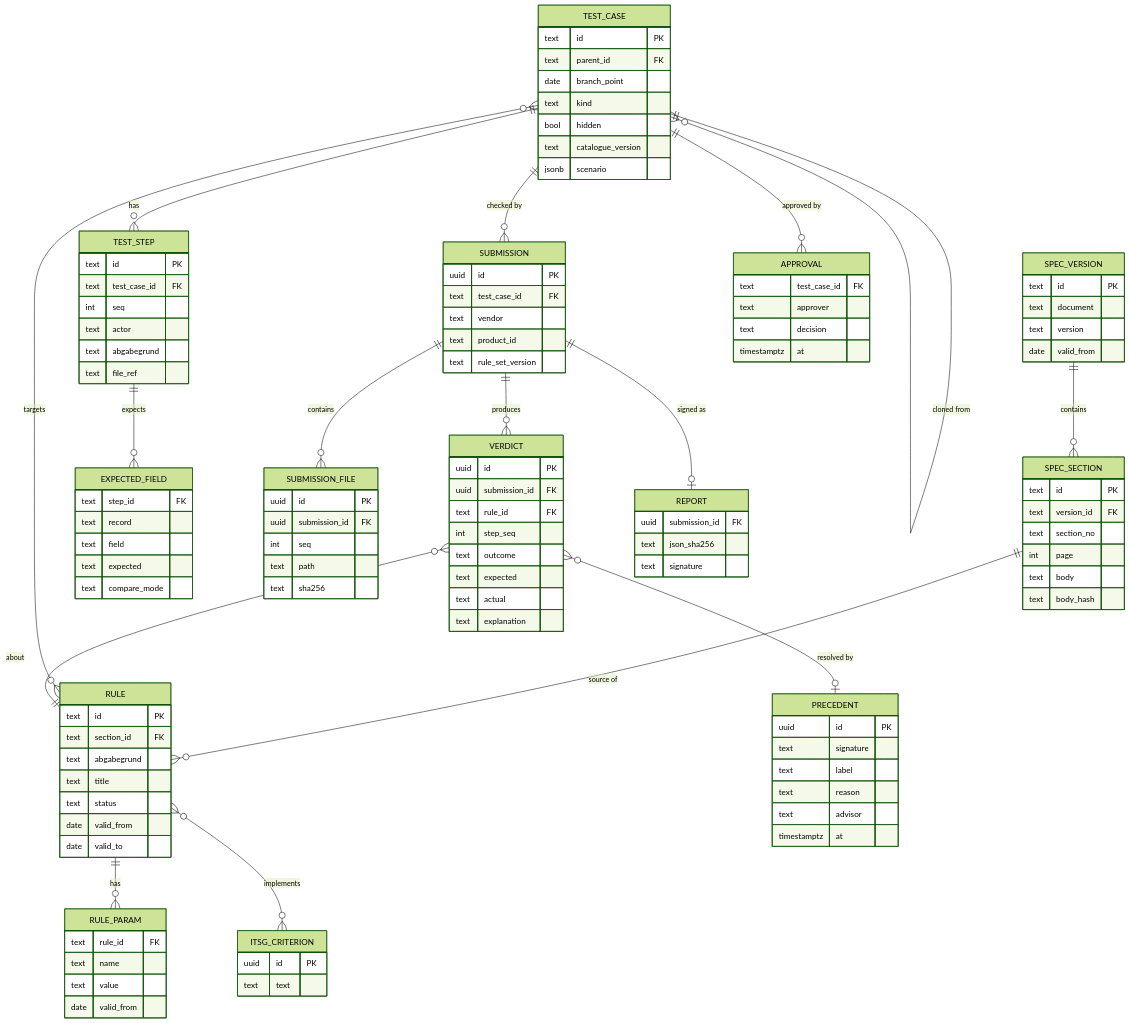
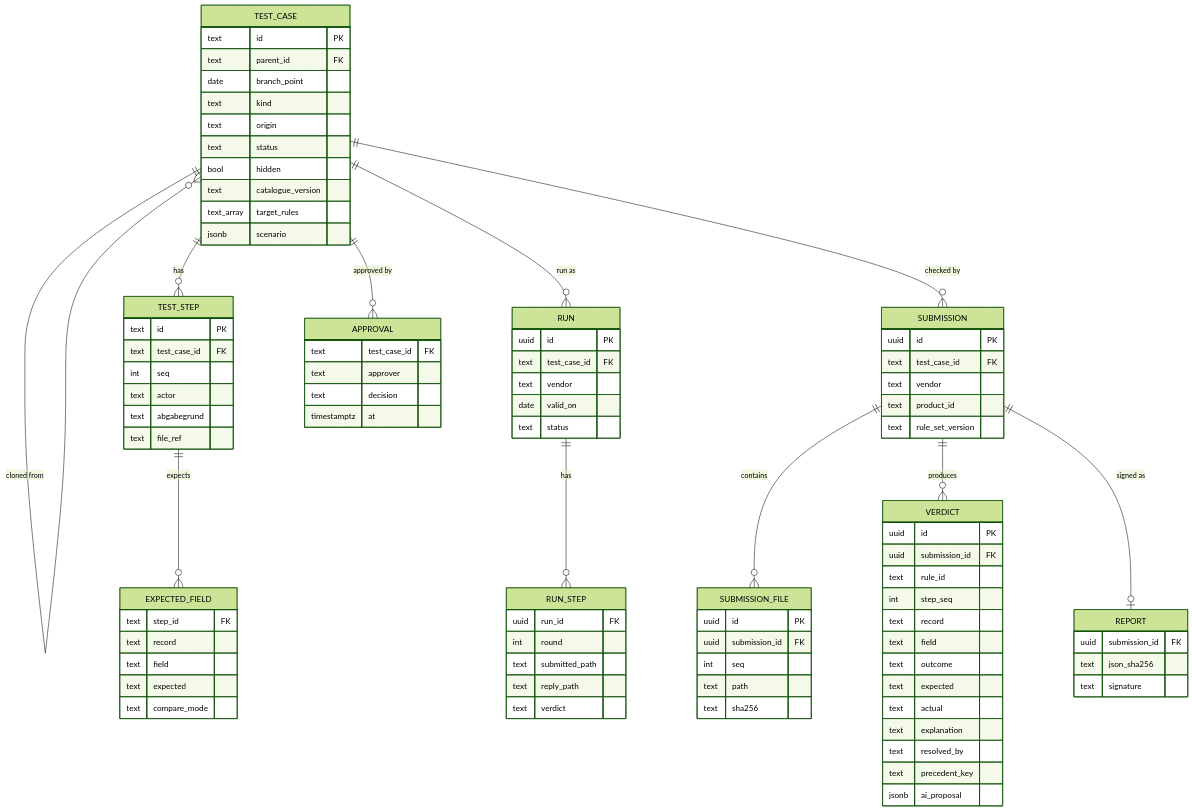
One commit to ahlemtr/ITSG-Futury-Build-day changed the diagram in plan/diagrams/07_data_model.md. Above: the diagram before and after it, drawn with Mermaid (forest theme). The commit also changed other lines of this file and 14 other files, not shown here.

````diff
--- a/plan/diagrams/07_data_model.md
+++ b/plan/diagrams/07_data_model.md
@@ -3,61 +5,26 @@
 ```mermaid
 erDiagram
-    SPEC_VERSION ||--o{ SPEC_SECTION : contains
-    SPEC_SECTION ||--o{ RULE : "source of"
-    RULE ||--o{ RULE_PARAM : has
-    RULE }o--o{ ITSG_CRITERION : implements
     TEST_CASE ||--o{ TEST_CASE : "cloned from"
     TEST_CASE ||--o{ TEST_STEP : has
     TEST_STEP ||--o{ EXPECTED_FIELD : expects
-    TEST_CASE }o--o{ RULE : targets
+    TEST_CASE ||--o{ RUN : "run as"
+    RUN ||--o{ RUN_STEP : has
     TEST_CASE ||--o{ SUBMISSION : "checked by"
     SUBMISSION ||--o{ SUBMISSION_FILE : contains
     SUBMISSION ||--o{ VERDICT : produces
-    VERDICT }o--|| RULE : "about"
     SUBMISSION ||--o| REPORT : "signed as"
     TEST_CASE ||--o{ APPROVAL : "approved by"
-    VERDICT }o--o| PRECEDENT : "resolved by"
 
-    SPEC_VERSION {
-        text id PK
-        text document
-        text version
-        date valid_from
-    }
-    SPEC_SECTION {
-        text id PK
-        text version_id FK
-        text section_no
-        int page
-        text body
-        text body_hash
-    }
-    RULE {
-        text id PK
-        text section_id FK
-        text abgabegrund
-        text title
-        text status
-        date valid_from
-        date valid_to
-    }
-    RULE_PARAM {
-        text rule_id FK
-        text name
-        text value
-        date valid_from
-    }
-    ITSG_CRITERION {
-        uuid id PK
-        text text
-    }
     TEST_CASE {
         text id PK
         text parent_id FK
         date branch_point
         text kind
+        text origin
+        text status
         bool hidden
         text catalogue_version
+        text_array target_rules
         jsonb scenario
     }
     TEST_STEP {
@@ -92,25 +59,36 @@
     VERDICT {
         uuid id PK
         uuid submission_id FK
-        text rule_id FK
+        text rule_id
         int step_seq
+        text record
+        text field
         text outcome
         text expected
         text actual
         text explanation
+        text resolved_by
+        text precedent_key
+        jsonb ai_proposal
+    }
+    RUN {
+        uuid id PK
+        text test_case_id FK
+        text vendor
+        date valid_on
+        text status
+    }
+    RUN_STEP {
+        uuid run_id FK
+        int round
+        text submitted_path
+        text reply_path
+        text verdict
     }
     REPORT {
         uuid submission_id FK
         text json_sha256
         text signature
-    }
-    PRECEDENT {
-        uuid id PK
-        text signature
-        text label
-        text reason
-        text advisor
-        timestamptz at
     }
     APPROVAL {
         text test_case_id FK
````
